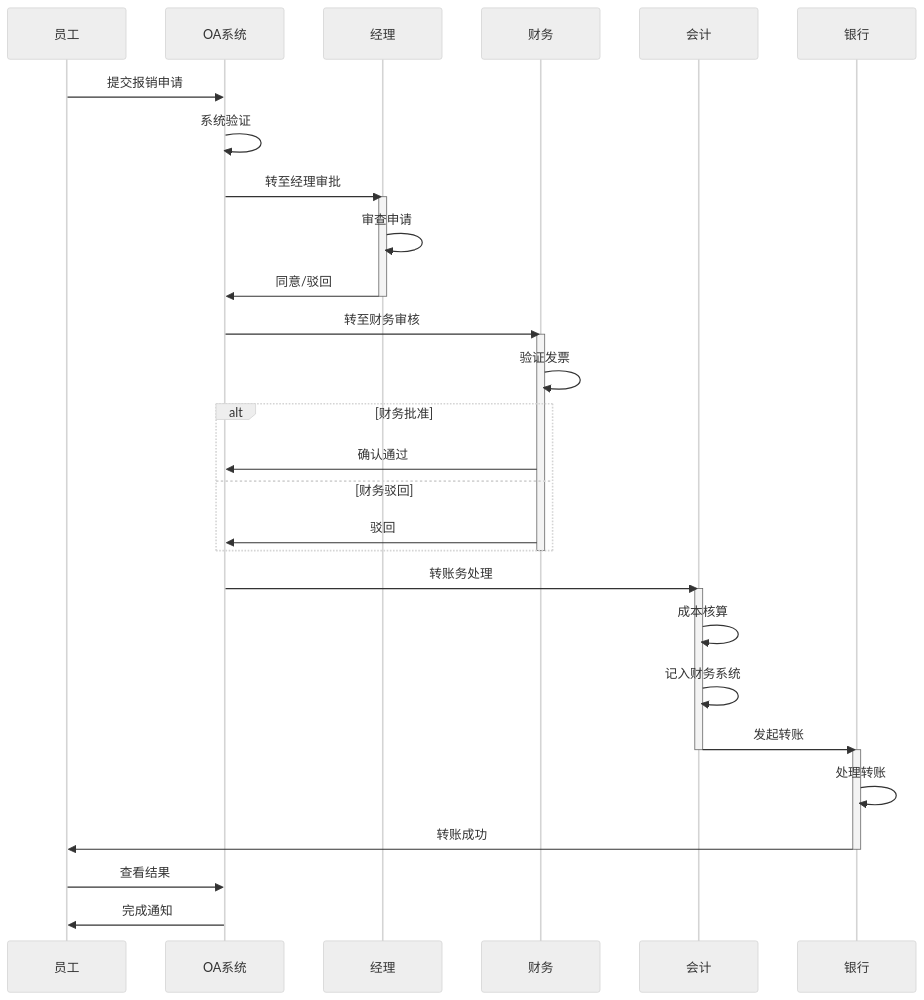
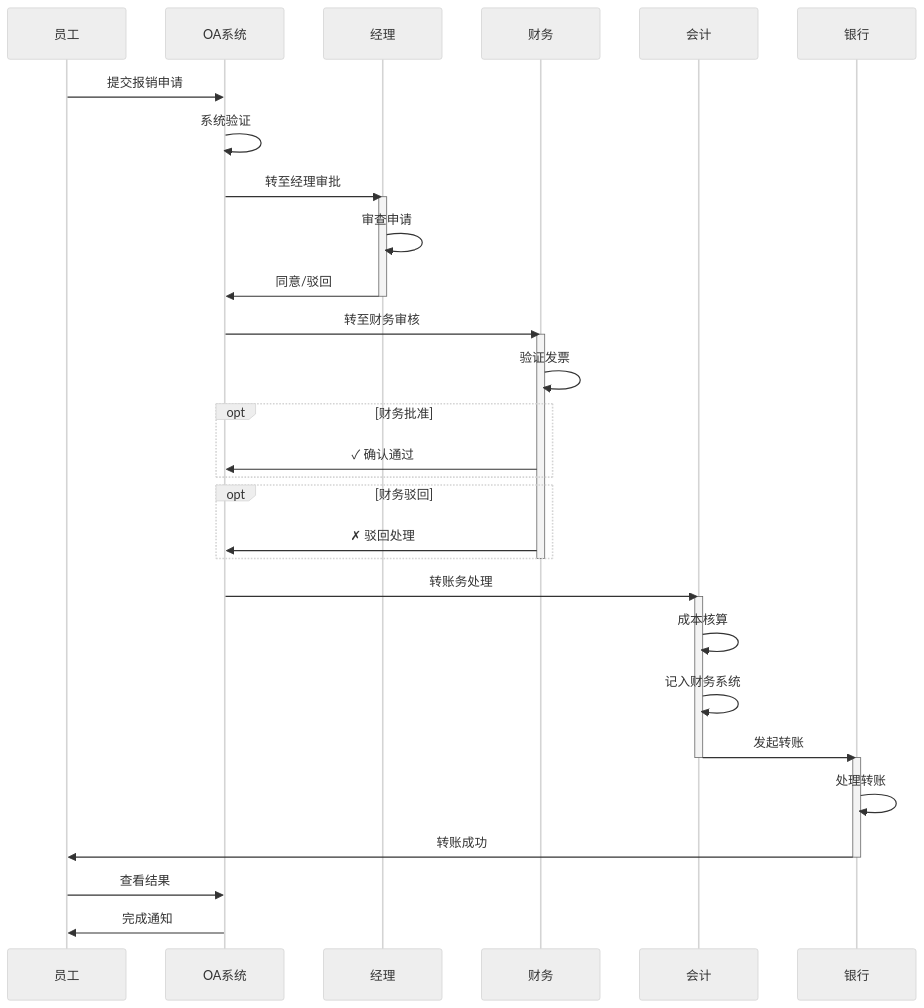
One commit to Hao430/mermaid-cli changed the diagram in examples/oa_reimbursement_flow.mmd. Above: the diagram before and after it, drawn with Mermaid (neutral theme). The commit also changed 1 other file, not shown here.

Commit message:
refactor: 时序图条件分支优化
- 用 opt 块替代 alt/else，提高兼容性
- 添加批准/驳回的显式分支消息
- 简化流程，保留关键决策点

备注：条件框边框需要完整的 Sequence Diagram 解析器支持（TODO）

```diff
--- a/examples/oa_reimbursement_flow.mmd
+++ b/examples/oa_reimbursement_flow.mmd
@@ -1,42 +1,42 @@
 sequenceDiagram
     participant Employee as 员工
     participant OAApp as OA系统
     participant Manager as 经理
     participant Finance as 财务
     participant Accountant as 会计
     participant Bank as 银行
 
     Employee->>OAApp: 提交报销申请
     OAApp->>OAApp: 系统验证
     OAApp->>Manager: 转至经理审批
 
     activate Manager
     Manager->>Manager: 审查申请
     Manager->>OAApp: 同意/驳回
     deactivate Manager
 
     OAApp->>Finance: 转至财务审核
     activate Finance
     Finance->>Finance: 验证发票
-
-    alt 财务批准
-        Finance->>OAApp: 确认通过
-    else 财务驳回
-        Finance->>OAApp: 驳回
+    opt 财务批准
+        Finance->>OAApp: ✓ 确认通过
+    end
+    opt 财务驳回
+        Finance->>OAApp: ✗ 驳回处理
     end
     deactivate Finance
 
     OAApp->>Accountant: 转账务处理
     activate Accountant
     Accountant->>Accountant: 成本核算
     Accountant->>Accountant: 记入财务系统
     Accountant->>Bank: 发起转账
     deactivate Accountant
 
     activate Bank
     Bank->>Bank: 处理转账
     Bank->>Employee: 转账成功
     deactivate Bank
 
     Employee->>OAApp: 查看结果
     OAApp->>Employee: 完成通知
```
